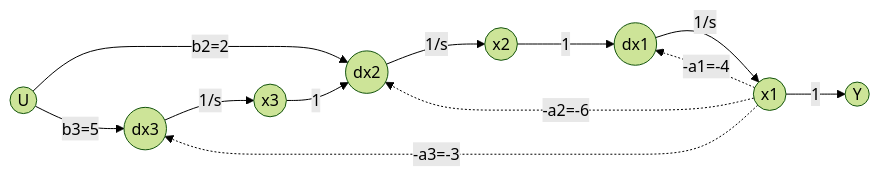
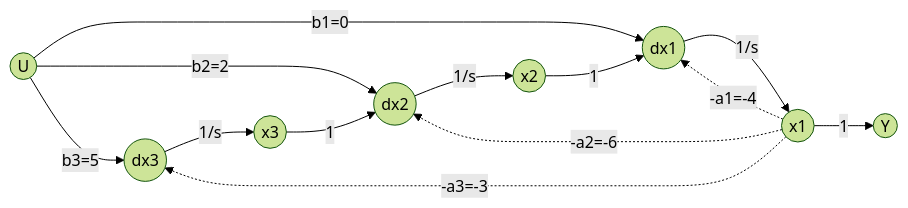
One commit to GradianW/Teori-Kontrol-Linear changed the third of 7 diagrams in 02 - Pemodelan Sistem Dinamik/latihan/Latihan_Pemodelan_Sistem_Dinamik.md. Above: the diagram before and after it, drawn with Mermaid (forest theme). The commit also changed other lines of this file and 8 other files, not shown here.

````diff
--- a/02 - Pemodelan Sistem Dinamik/latihan/Latihan_Pemodelan_Sistem_Dinamik.md
+++ b/02 - Pemodelan Sistem Dinamik/latihan/Latihan_Pemodelan_Sistem_Dinamik.md
@@ -283,14 +283,15 @@
 ```mermaid
 flowchart LR
     U((U)) -->|b3=5| dx3((dx3))
     U -->|b2=2| dx2((dx2))
+    U -->|b1=0| dx1((dx1))
     dx3 -->|1/s| x3((x3))
     x3 -->|1| dx2
     dx2 -->|1/s| x2((x2))
     x2 -->|1| dx1((dx1))
     dx1 -->|1/s| x1((x1))
     x1 -->|1| Y((Y))
     x1 -.->|-a1=-4| dx1
     x1 -.->|-a2=-6| dx2
     x1 -.->|-a3=-3| dx3
 ```
````
